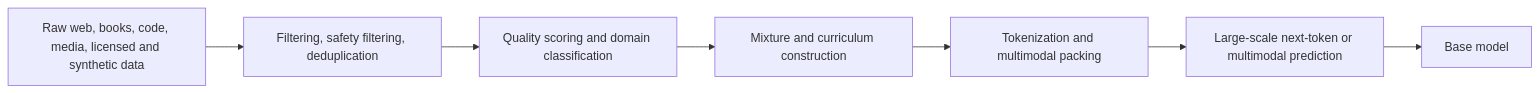
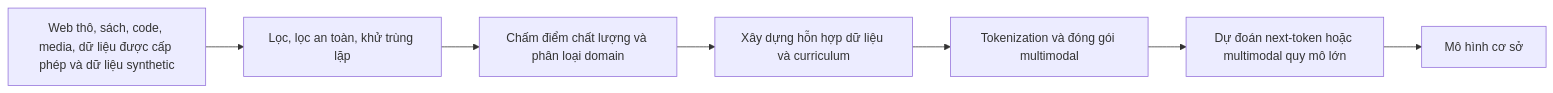
The eighth of 28 diagrams in docs/research_finding/01-gwen/broad_overview/LLM_VLM/recent_llm_overview.md (cycler04/VinRobotics-VLA), drawn with Mermaid before and after one commit. The commit also changed other lines of this file and 79 other files, not shown here.

````diff
--- a/docs/research_finding/01-gwen/broad_overview/LLM_VLM/recent_llm_overview.md
+++ b/docs/research_finding/01-gwen/broad_overview/LLM_VLM/recent_llm_overview.md
@@ -638,10 +638,10 @@
 ```mermaid
 flowchart LR
-    A[Raw web, books, code, media, licensed and synthetic data]
-    --> B[Filtering, safety filtering, deduplication]
-    B --> C[Quality scoring and domain classification]
-    C --> D[Mixture and curriculum construction]
-    D --> E[Tokenization and multimodal packing]
-    E --> F[Large-scale next-token or multimodal prediction]
-    F --> G[Base model]
+    A[Web thô, sách, code, media, dữ liệu được cấp phép và dữ liệu synthetic]
+    --> B[Lọc, lọc an toàn, khử trùng lặp]
+    B --> C[Chấm điểm chất lượng và phân loại domain]
+    C --> D[Xây dựng hỗn hợp dữ liệu và curriculum]
+    D --> E[Tokenization và đóng gói multimodal]
+    E --> F[Dự đoán next-token hoặc multimodal quy mô lớn]
+    F --> G[Mô hình cơ sở]
 ```
````
